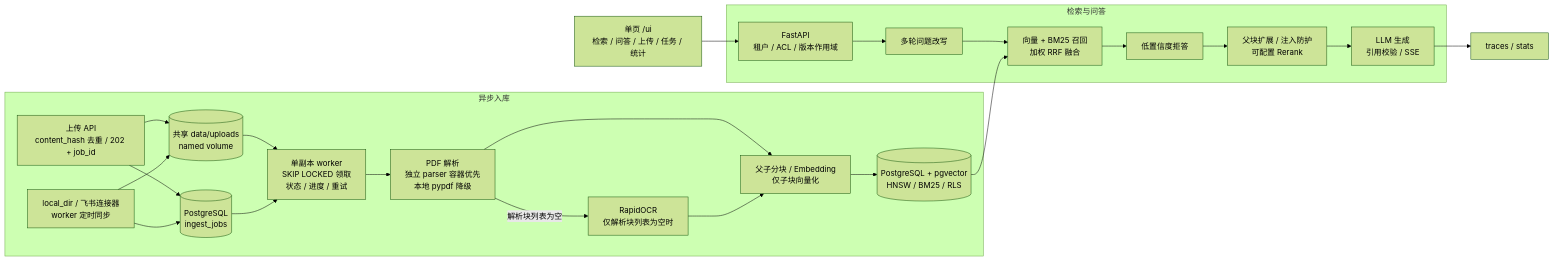
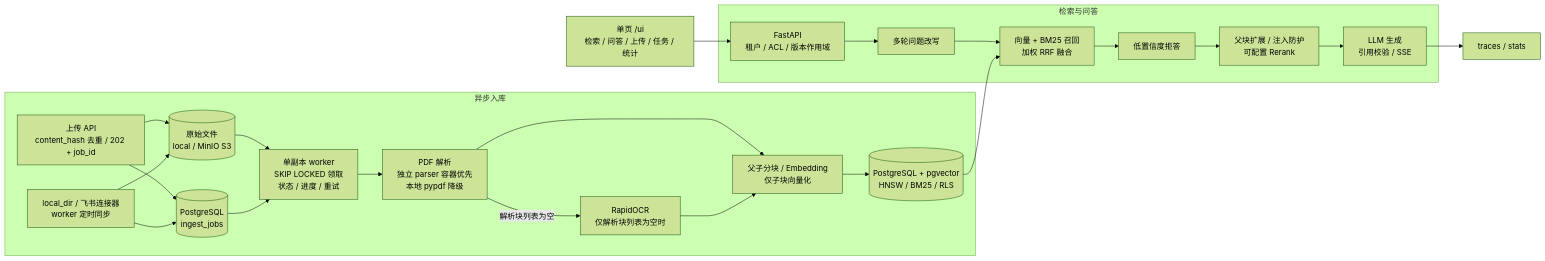
One commit to dengyouming163/rag-knowledge-base changed the diagram in README.md. Above: the diagram before and after it, drawn with Mermaid (forest theme). The commit also changed other lines of this file, not shown here.

````diff
--- a/README.md
+++ b/README.md
@@ -7,39 +7,39 @@
 ```mermaid
 flowchart LR
     subgraph INGEST[异步入库]
         U[上传 API<br/>content_hash 去重 / 202 + job_id]
         C[local_dir / 飞书连接器<br/>worker 定时同步]
-        S[(共享 data/uploads<br/>named volume)]
+        S[(原始文件<br/>local / MinIO S3)]
         Q[(PostgreSQL<br/>ingest_jobs)]
         W[单副本 worker<br/>SKIP LOCKED 领取<br/>状态 / 进度 / 重试]
         P[PDF 解析<br/>独立 parser 容器优先<br/>本地 pypdf 降级]
         O[RapidOCR<br/>仅解析块列表为空时]
         E[父子分块 / Embedding<br/>仅子块向量化]
         D[(PostgreSQL + pgvector<br/>HNSW / BM25 / RLS)]
         U --> S
         C --> S
         U --> Q
         C --> Q
         S --> W
         Q --> W
         W --> P
         P -->|解析块列表为空| O
         P --> E
         O --> E
         E --> D
     end
 
     subgraph QUERY[检索与问答]
         A[FastAPI<br/>租户 / ACL / 版本作用域]
         R[多轮问题改写]
         H[向量 + BM25 召回<br/>加权 RRF 融合]
         F[低置信度拒答]
         X[父块扩展 / 注入防护<br/>可配置 Rerank]
         L[LLM 生成<br/>引用校验 / SSE]
         A --> R --> H --> F --> X --> L
     end
 
     D --> H
     UI[单页 /ui<br/>检索 / 问答 / 上传 / 任务 / 统计] --> A
     L --> T[traces / stats]
 ```
````
